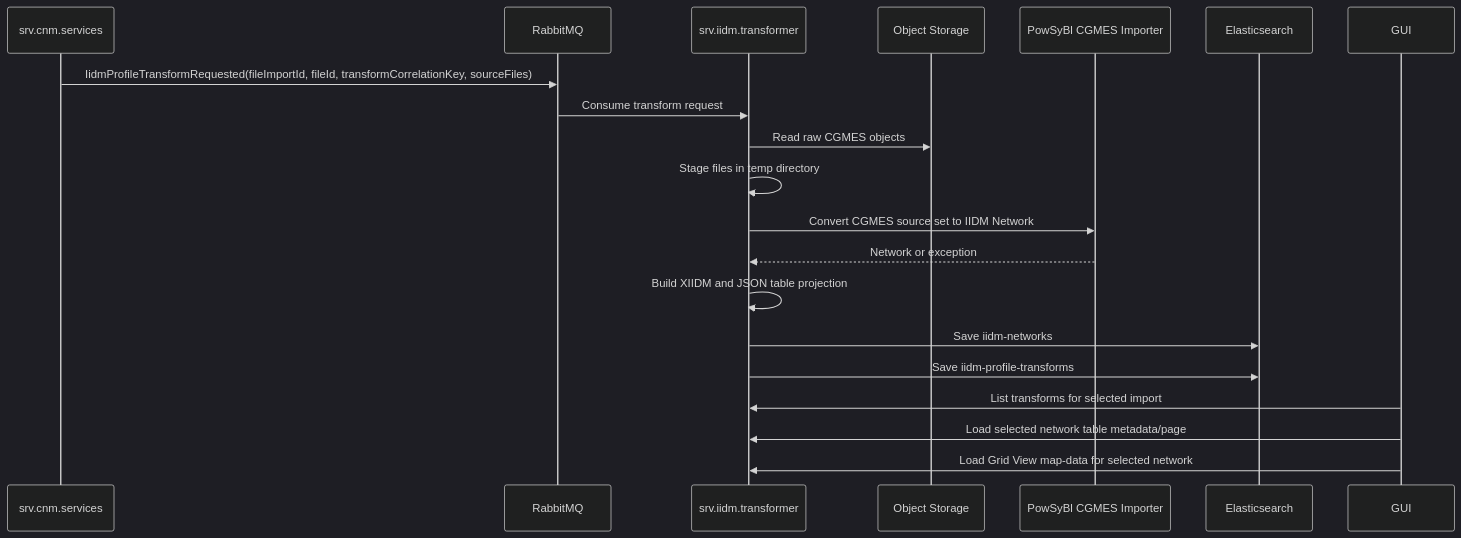
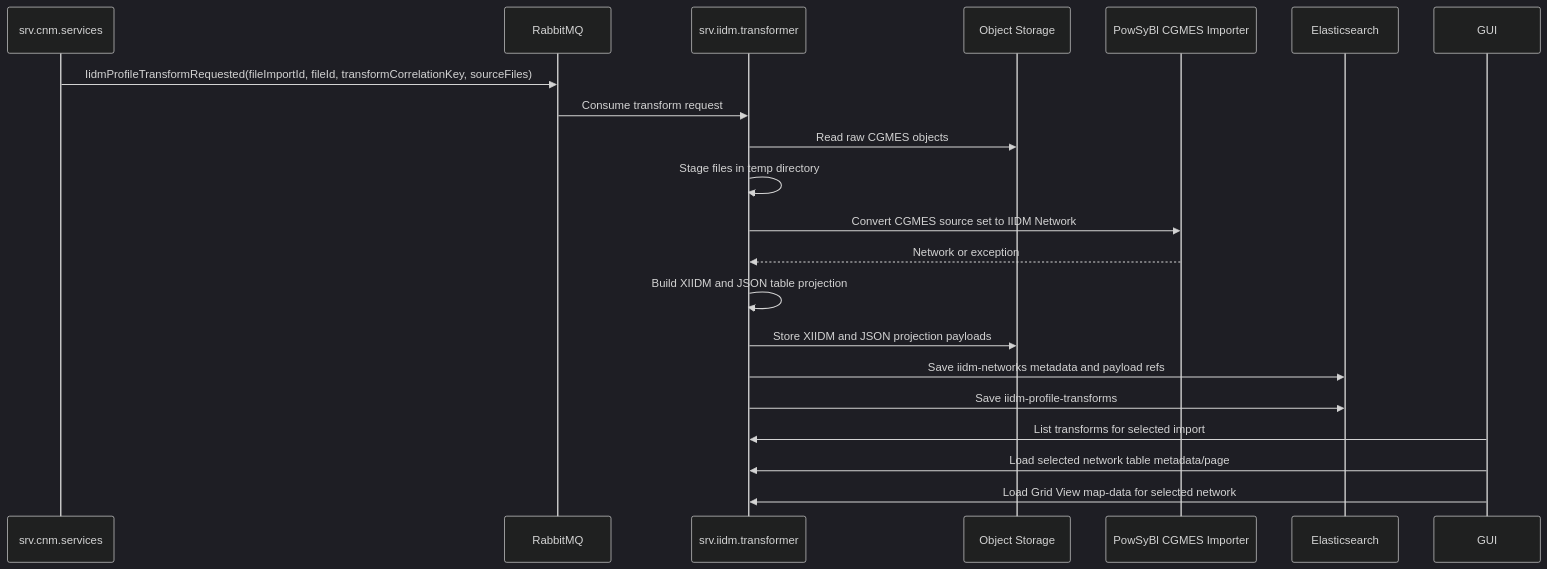
One commit to gsrinike/egm-suite changed the diagram in doc.arch/IIDM_TRANSFORMATION_DESIGN.md. Above: the diagram before and after it, drawn with Mermaid (dark theme). The commit also changed other lines of this file and 16 other files, not shown here.

Commit message:
Store large model payloads in object storage

````diff
--- a/doc.arch/IIDM_TRANSFORMATION_DESIGN.md
+++ b/doc.arch/IIDM_TRANSFORMATION_DESIGN.md
@@ -92,23 +96,24 @@
 ```mermaid
 sequenceDiagram
   participant CNM as srv.cnm.services
   participant MQ as RabbitMQ
   participant IIDM as srv.iidm.transformer
   participant MinIO as Object Storage
   participant PowSyBl as PowSyBl CGMES Importer
   participant ES as Elasticsearch
   participant GUI as GUI
 
   CNM->>MQ: IidmProfileTransformRequested(fileImportId, fileId, transformCorrelationKey, sourceFiles)
   MQ->>IIDM: Consume transform request
   IIDM->>MinIO: Read raw CGMES objects
   IIDM->>IIDM: Stage files in temp directory
   IIDM->>PowSyBl: Convert CGMES source set to IIDM Network
   PowSyBl-->>IIDM: Network or exception
   IIDM->>IIDM: Build XIIDM and JSON table projection
-  IIDM->>ES: Save iidm-networks
+  IIDM->>MinIO: Store XIIDM and JSON projection payloads
+  IIDM->>ES: Save iidm-networks metadata and payload refs
   IIDM->>ES: Save iidm-profile-transforms
   GUI->>IIDM: List transforms for selected import
   GUI->>IIDM: Load selected network table metadata/page
   GUI->>IIDM: Load Grid View map-data for selected network
 ```
````
